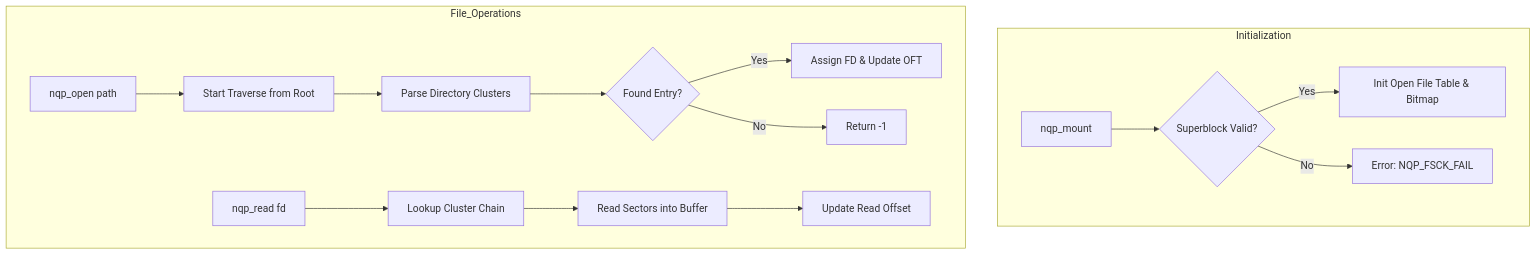
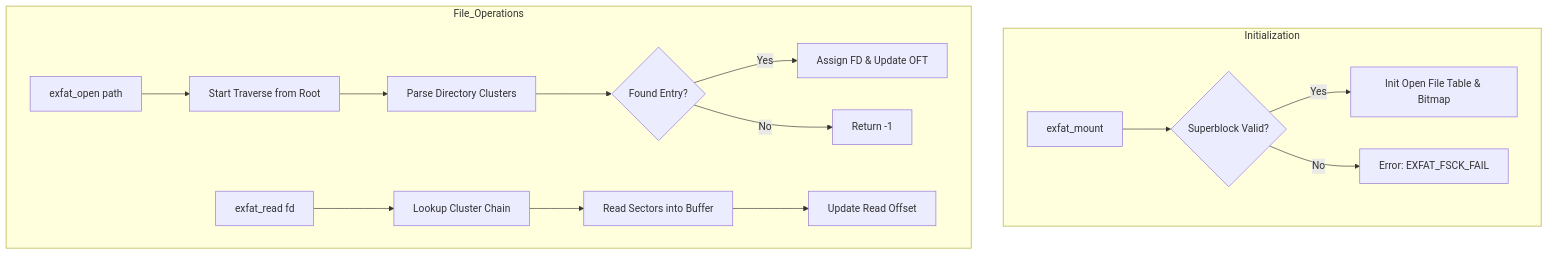
The first of 2 diagrams in README.md (Krish-Bhalala/Custom-Shell), drawn with Mermaid before and after one commit. The commit also changed other lines of this file and 10 other files, not shown here.

````diff
--- a/README.md
+++ b/README.md
@@ -22,20 +22,20 @@
 ```mermaid
 graph TD
     subgraph Initialization
-    A[nqp_mount] --> B{Superblock Valid?}
+    A[exfat_mount] --> B{Superblock Valid?}
     B -- Yes --> C[Init Open File Table & Bitmap]
-    B -- No --> D[Error: NQP_FSCK_FAIL]
+    B -- No --> D[Error: EXFAT_FSCK_FAIL]
     end
 
     subgraph File_Operations
-    E[nqp_open path] --> F[Start Traverse from Root]
+    E[exfat_open path] --> F[Start Traverse from Root]
     F --> G[Parse Directory Clusters]
     G --> H{Found Entry?}
     H -- Yes --> I[Assign FD & Update OFT]
     H -- No --> J[Return -1]
 
-    K[nqp_read fd] --> L[Lookup Cluster Chain]
+    K[exfat_read fd] --> L[Lookup Cluster Chain]
     L --> M[Read Sectors into Buffer]
     M --> N[Update Read Offset]
     end
 ```
````
